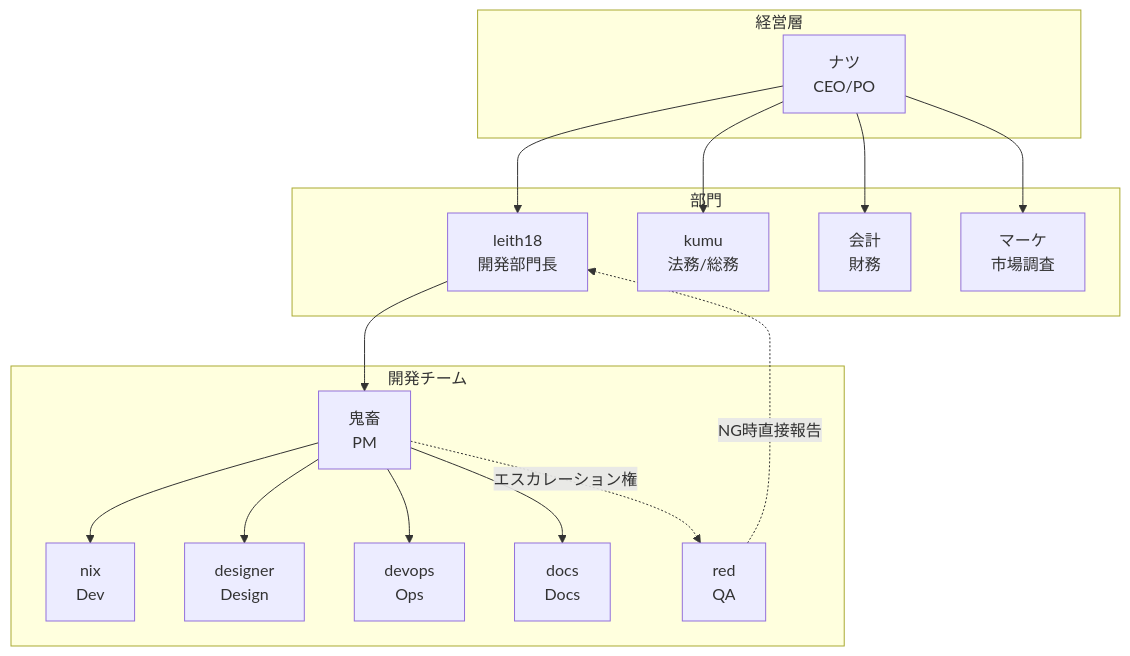
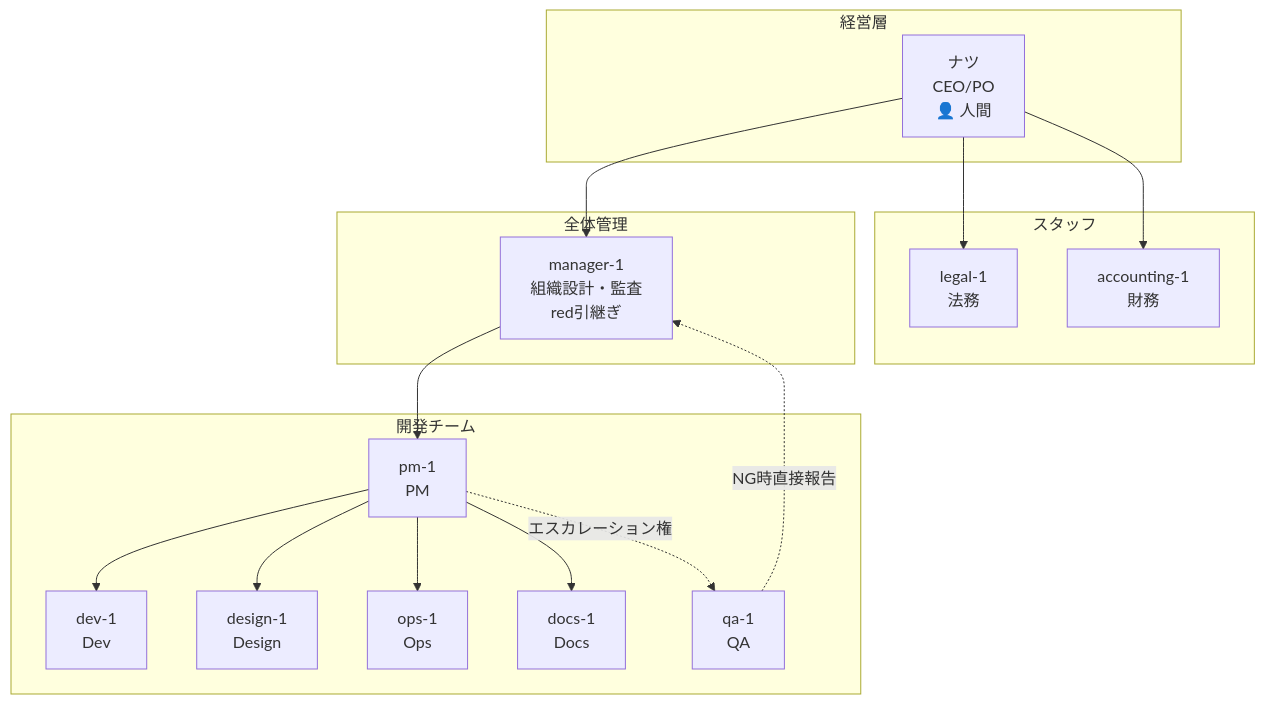
The diagram in docs/ORGANIZATION.md (Frexida/agentflow), drawn with Mermaid before and after one commit. The commit also changed other lines of this file, not shown here.

````diff
--- a/docs/ORGANIZATION.md
+++ b/docs/ORGANIZATION.md
@@ -5,35 +18,36 @@
 ```mermaid
 graph TD
     subgraph CEO["経営層"]
-        NATSU[ナツ<br/>CEO/PO]
+        NATSU[ナツ<br/>CEO/PO<br/>👤 人間]
     end
 
-    subgraph DEPT["部門"]
-        LEITH[leith18<br/>開発部門長]
-        KUMU[kumu<br/>法務/総務]
-        ACCT[会計<br/>財務]
-        MARKET[マーケ<br/>市場調査]
+    subgraph MGR["全体管理"]
+        MGR1[manager-1<br/>組織設計・監査<br/>red引継ぎ]
     end
 
     subgraph DEV["開発チーム"]
-        KICHIKU[鬼畜<br/>PM]
-        NIX[nix<br/>Dev]
-        RED[red<br/>QA]
-        DESIGNER[designer<br/>Design]
-        DEVOPS[devops<br/>Ops]
-        DOCS[docs<br/>Docs]
+        PM1[pm-1<br/>PM]
+        DEV1[dev-1<br/>Dev]
+        QA1[qa-1<br/>QA]
+        DESIGN1[design-1<br/>Design]
+        OPS1[ops-1<br/>Ops]
+        DOCS1[docs-1<br/>Docs]
     end
 
-    NATSU --> LEITH
-    NATSU --> KUMU
-    NATSU --> ACCT
-    NATSU --> MARKET
+    subgraph STAFF["スタッフ"]
+        LEGAL1[legal-1<br/>法務]
+        ACCT1[accounting-1<br/>財務]
+    end
 
-    LEITH --> KICHIKU
-    KICHIKU --> NIX
-    KICHIKU --> DESIGNER
-    KICHIKU --> DEVOPS
-    KICHIKU --> DOCS
-    KICHIKU -.->|エスカレーション権| RED
-    RED -.->|NG時直接報告| LEITH
+    NATSU --> MGR1
+    MGR1 --> PM1
+    PM1 --> DEV1
+    PM1 --> DESIGN1
+    PM1 --> OPS1
+    PM1 --> DOCS1
+    PM1 -.->|エスカレーション権| QA1
+    QA1 -.->|NG時直接報告| MGR1
+
+    NATSU --> LEGAL1
+    NATSU --> ACCT1
 ```
````
